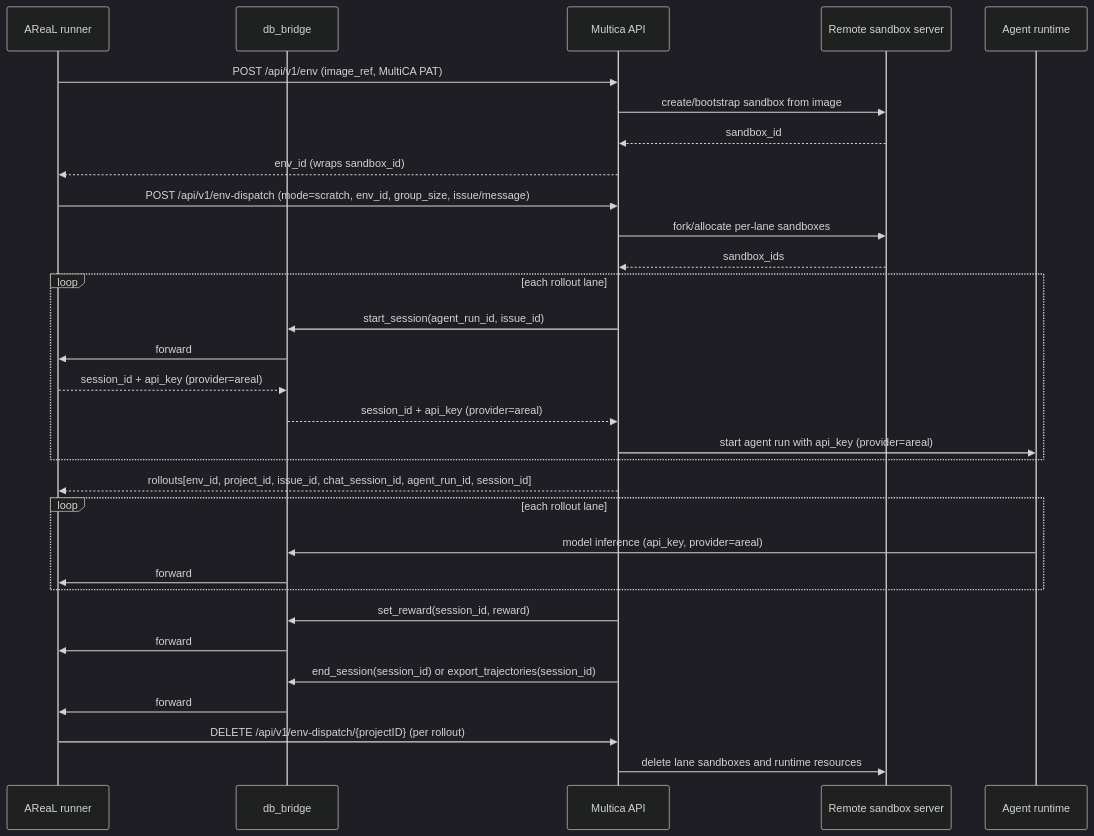
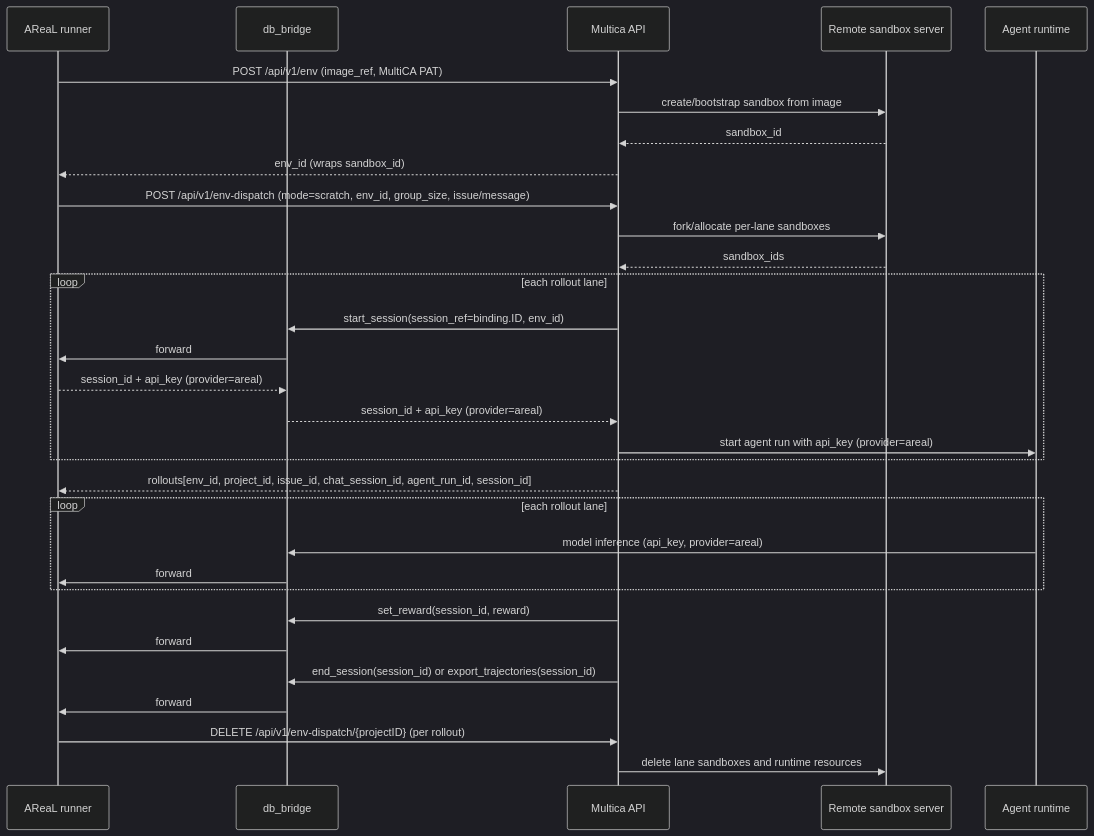
Before and after one commit to ketsuzhou/areal-ci: the third of 5 diagrams in customized_areal/tree_search/agents/multica_environment_protocol.md, drawn with Mermaid (dark theme). The commit also changed other lines of this file and 2 other files, not shown here.

````diff
--- a/customized_areal/tree_search/agents/multica_environment_protocol.md
+++ b/customized_areal/tree_search/agents/multica_environment_protocol.md
@@ -424,37 +392,37 @@
 ```mermaid
 sequenceDiagram
     participant A as AReaL runner
     participant G as db_bridge
     participant M as Multica API
     participant S as Remote sandbox server
     participant R as Agent runtime
 
     A->>M: POST /api/v1/env (image_ref, MultiCA PAT)
     M->>S: create/bootstrap sandbox from image
     S-->>M: sandbox_id
     M-->>A: env_id (wraps sandbox_id)
 
     A->>M: POST /api/v1/env-dispatch (mode=scratch, env_id, group_size, issue/message)
     M->>S: fork/allocate per-lane sandboxes
     S-->>M: sandbox_ids
     loop each rollout lane
-        M->>G: start_session(agent_run_id, issue_id)
+        M->>G: start_session(session_ref=binding.ID, env_id)
         G->>A: forward
         A-->>G: session_id + api_key (provider=areal)
         G-->>M: session_id + api_key (provider=areal)
         M->>R: start agent run with api_key (provider=areal)
     end
     M-->>A: rollouts[env_id, project_id, issue_id, chat_session_id, agent_run_id, session_id]
 
     loop each rollout lane
         R->>G: model inference (api_key, provider=areal)
         G->>A: forward
     end
 
     M->>G: set_reward(session_id, reward)
     G->>A: forward
     M->>G: end_session(session_id) or export_trajectories(session_id)
     G->>A: forward
     A->>M: DELETE /api/v1/env-dispatch/{projectID} (per rollout)
     M->>S: delete lane sandboxes and runtime resources
 ```
````
